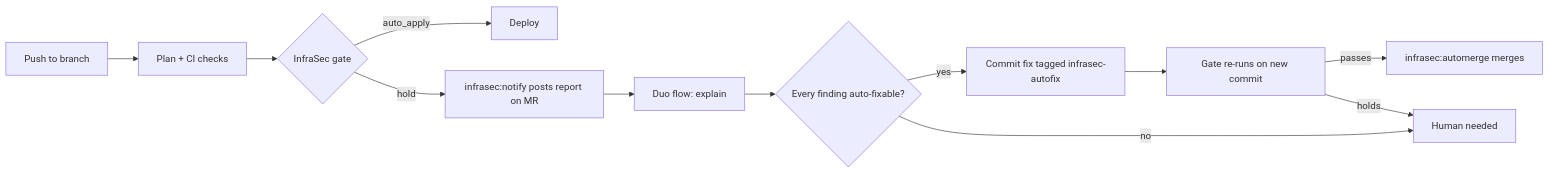
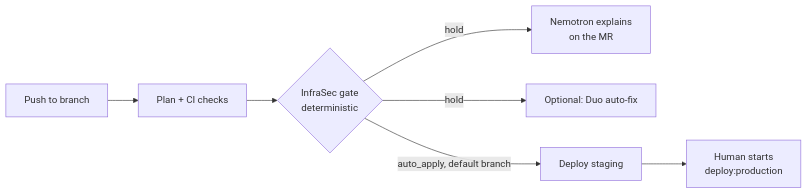
Before and after one commit to spacey-cadet/infra-sec: the diagram in README.md, drawn with Mermaid. The commit also changed other lines of this file, not shown here.

````diff
--- a/README.md
+++ b/README.md
@@ -13,14 +16,9 @@
 ```mermaid
 flowchart LR
     A[Push to branch] --> B[Plan + CI checks]
-    B --> C{InfraSec gate}
-    C -- auto_apply --> D[Deploy]
-    C -- hold --> E[infrasec:notify posts report on MR]
-    E --> F[Duo flow: explain]
-    F --> G{Every finding auto-fixable?}
-    G -- yes --> H[Commit fix tagged infrasec-autofix]
-    G -- no --> I[Human needed]
-    H --> J[Gate re-runs on new commit]
-    J -- passes --> K[infrasec:automerge merges]
-    J -- holds --> I
+    B --> C{InfraSec gate<br/>deterministic}
+    C -- hold --> D[Nemotron explains<br/>on the MR]
+    C -- hold --> E[Optional: Duo auto-fix]
+    C -- auto_apply, default branch --> F[Deploy staging]
+    F --> G[Human starts<br/>deploy:production]
 ```
````
